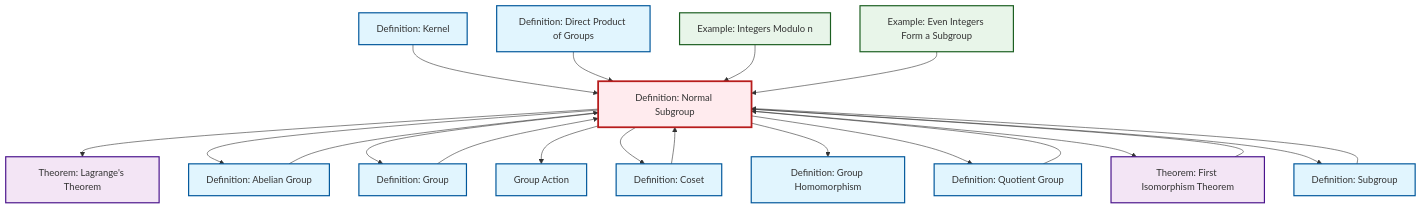
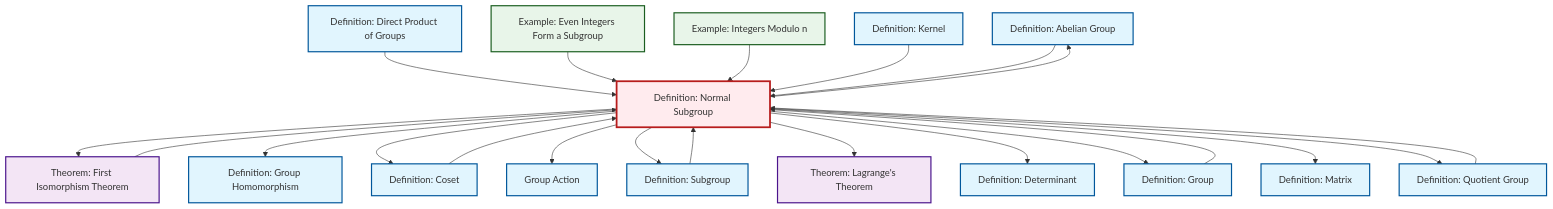
One commit to RK0429/ModernMath changed the diagram in content/en/algebra/def-normal-subgroup.qmd. Above: the diagram before and after it, drawn with Mermaid. The commit also changed other lines of this file and 531 other files, not shown here.

````diff
--- a/content/en/algebra/def-normal-subgroup.qmd
+++ b/content/en/algebra/def-normal-subgroup.qmd
@@ -92,56 +93,62 @@
 ```{mermaid}
 %%| fig-cap: "Local dependency graph"
 graph TD
     classDef definition fill:#e1f5fe,stroke:#01579b,stroke-width:2px
     classDef theorem fill:#f3e5f5,stroke:#4a148c,stroke-width:2px
     classDef axiom fill:#fff3e0,stroke:#e65100,stroke-width:2px
     classDef example fill:#e8f5e9,stroke:#1b5e20,stroke-width:2px
     classDef current fill:#ffebee,stroke:#b71c1c,stroke-width:3px
-    def-normal-subgroup["Definition: Normal Subgroup"]:::definition
+    def-abelian-group["Definition: Abelian Group"]:::definition
+    def-homomorphism["Definition: Group Homomorphism"]:::definition
+    def-quotient-group["Definition: Quotient Group"]:::definition
+    def-determinant["Definition: Determinant"]:::definition
     thm-first-isomorphism["Theorem: First Isomorphism Theorem"]:::theorem
-    def-kernel["Definition: Kernel"]:::definition
-    def-homomorphism["Definition: Group Homomorphism"]:::definition
-    ex-quotient-integers-mod-n["Example: Integers Modulo n"]:::example
-    def-coset["Definition: Coset"]:::definition
-    thm-lagrange["Theorem: Lagrange's Theorem"]:::theorem
-    def-quotient-group["Definition: Quotient Group"]:::definition
-    def-subgroup["Definition: Subgroup"]:::definition
     def-direct-product["Definition: Direct Product of Groups"]:::definition
     def-group["Definition: Group"]:::definition
+    def-normal-subgroup["Definition: Normal Subgroup"]:::definition
+    def-subgroup["Definition: Subgroup"]:::definition
+    thm-lagrange["Theorem: Lagrange's Theorem"]:::theorem
+    ex-quotient-integers-mod-n["Example: Integers Modulo n"]:::example
+    ex-even-integers-subgroup["Example: Even Integers Form a Subgroup"]:::example
+    def-matrix["Definition: Matrix"]:::definition
+    def-coset["Definition: Coset"]:::definition
+    def-kernel["Definition: Kernel"]:::definition
     def-group-action["Group Action"]:::definition
-    def-abelian-group["Definition: Abelian Group"]:::definition
-    ex-even-integers-subgroup["Example: Even Integers Form a Subgroup"]:::example
+    def-normal-subgroup --> def-abelian-group
+    def-normal-subgroup --> thm-first-isomorphism
+    def-normal-subgroup --> def-homomorphism
+    def-normal-subgroup --> def-coset
+    def-group --> def-normal-subgroup
+    def-normal-subgroup --> def-group-action
+    def-coset --> def-normal-subgroup
     thm-first-isomorphism --> def-normal-subgroup
+    def-subgroup --> def-normal-subgroup
+    def-direct-product --> def-normal-subgroup
+    def-normal-subgroup --> def-subgroup
+    def-normal-subgroup --> thm-lagrange
+    ex-even-integers-subgroup --> def-normal-subgroup
+    def-normal-subgroup --> def-determinant
+    def-normal-subgroup --> def-group
+    def-normal-subgroup --> def-matrix
+    ex-quotient-integers-mod-n --> def-normal-subgroup
     def-kernel --> def-normal-subgroup
-    def-group --> def-normal-subgroup
+    def-quotient-group --> def-normal-subgroup
+    def-normal-subgroup --> def-quotient-group
     def-abelian-group --> def-normal-subgroup
-    def-normal-subgroup --> thm-lagrange
-    def-normal-subgroup --> def-abelian-group
-    def-subgroup --> def-normal-subgroup
-    def-quotient-group --> def-normal-subgroup
-    def-direct-product --> def-normal-subgroup
-    def-normal-subgroup --> def-group
-    ex-quotient-integers-mod-n --> def-normal-subgroup
-    def-normal-subgroup --> def-group-action
-    def-normal-subgroup --> def-coset
-    def-normal-subgroup --> def-homomorphism
-    def-normal-subgroup --> def-quotient-group
-    def-coset --> def-normal-subgroup
-    def-normal-subgroup --> thm-first-isomorphism
-    def-normal-subgroup --> def-subgroup
-    ex-even-integers-subgroup --> def-normal-subgroup
     class def-normal-subgroup current
+    click def-abelian-group "def-abelian-group.html" "Go to Abelian Group definition"
+    click def-homomorphism "def-homomorphism.html" "Go to Group Homomorphism definition"
+    click def-quotient-group "def-quotient-group.html" "Go to Quotient Group definition"
+    click def-determinant "def-determinant.html" "Go to Determinant definition"
     click thm-first-isomorphism "thm-first-isomorphism.html" "Go to First Isomorphism Theorem theorem"
-    click def-kernel "def-kernel.html" "Go to Kernel definition"
-    click def-homomorphism "def-homomorphism.html" "Go to Group Homomorphism definition"
-    click ex-quotient-integers-mod-n "ex-quotient-integers-mod-n.html" "Go to Integers Modulo n example"
-    click def-coset "def-coset.html" "Go to Coset definition"
-    click thm-lagrange "thm-lagrange.html" "Go to Lagrange's Theorem theorem"
-    click def-quotient-group "def-quotient-group.html" "Go to Quotient Group definition"
-    click def-subgroup "def-subgroup.html" "Go to Subgroup definition"
     click def-direct-product "def-direct-product.html" "Go to Direct Product of Groups definition"
     click def-group "def-group.html" "Go to Group definition"
+    click def-subgroup "def-subgroup.html" "Go to Subgroup definition"
+    click thm-lagrange "thm-lagrange.html" "Go to Lagrange's Theorem theorem"
+    click ex-quotient-integers-mod-n "ex-quotient-integers-mod-n.html" "Go to Integers Modulo n example"
+    click ex-even-integers-subgroup "ex-even-integers-subgroup.html" "Go to Even Integers Form a Subgroup example"
+    click def-matrix "def-matrix.html" "Go to Matrix definition"
+    click def-coset "def-coset.html" "Go to Coset definition"
+    click def-kernel "def-kernel.html" "Go to Kernel definition"
     click def-group-action "def-group-action.html" "Go to Group Action"
-    click def-abelian-group "def-abelian-group.html" "Go to Abelian Group definition"
-    click ex-even-integers-subgroup "ex-even-integers-subgroup.html" "Go to Even Integers Form a Subgroup example"
 ```
````
